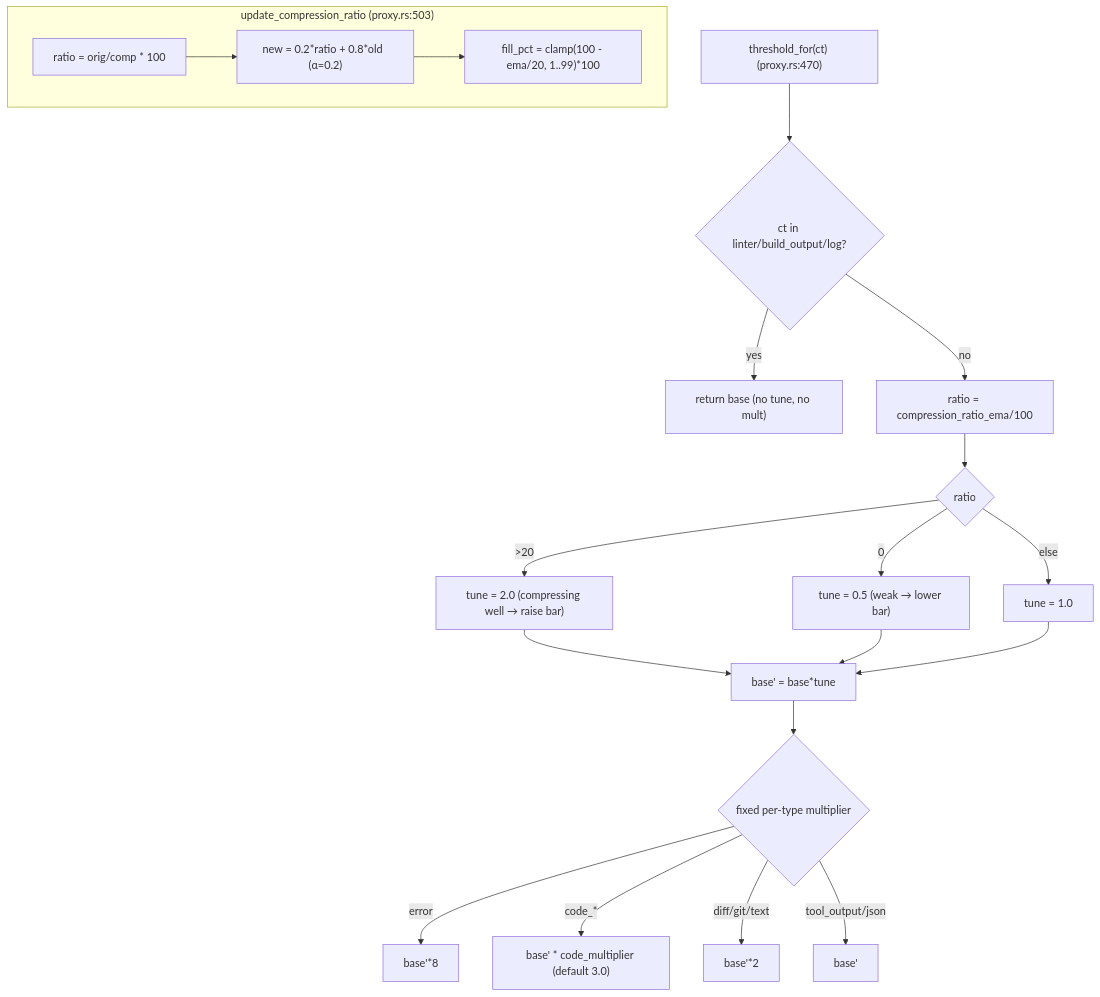
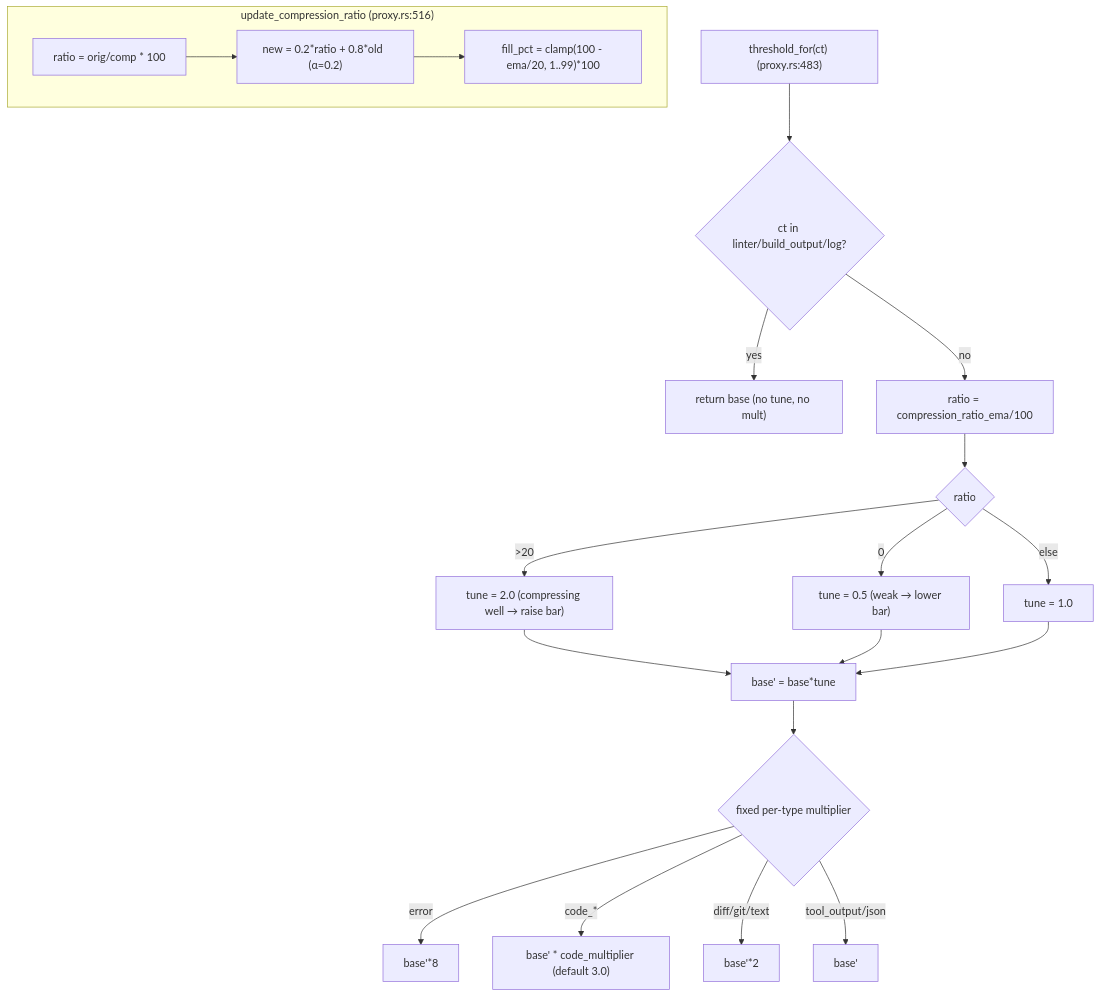
One commit to PlayForm/Aphrodite changed the second of 2 diagrams in .hermes/uml/02-chat-compression.md. Above: the diagram before and after it, drawn with Mermaid. The commit also changed other lines of this file and 20 other files, not shown here.

````diff
--- a/.hermes/uml/02-chat-compression.md
+++ b/.hermes/uml/02-chat-compression.md
@@ -88,23 +88,23 @@
 ```mermaid
 flowchart TD
-    A["threshold_for(ct) (proxy.rs:470)"] --> B{"ct in linter/build_output/log?"}
+    A["threshold_for(ct) (proxy.rs:483)"] --> B{"ct in linter/build_output/log?"}
     B -->|yes| Z["return base (no tune, no mult)"]
     B -->|no| C["ratio = compression_ratio_ema/100"]
     C --> D{"ratio"}
     D -->|">20"| E["tune = 2.0 (compressing well → raise bar)"]
     D -->|"0<ratio<3"| F["tune = 0.5 (weak → lower bar)"]
     D -->|else| G["tune = 1.0"]
     E --> H["base' = base*tune"]
     F --> H
     G --> H
     H --> I{"fixed per-type multiplier"}
     I -->|error| J["base'*8"]
     I -->|"code_*"| K["base' * code_multiplier (default 3.0)"]
     I -->|diff/git/text| L["base'*2"]
     I -->|tool_output/json| M["base'"]
 
-    subgraph EMA["update_compression_ratio (proxy.rs:503)"]
+    subgraph EMA["update_compression_ratio (proxy.rs:516)"]
       N["ratio = orig/comp * 100"] --> O["new = 0.2*ratio + 0.8*old  (α=0.2)"]
       O --> P["fill_pct = clamp(100 - ema/20, 1..99)*100"]
     end
 ```
````
